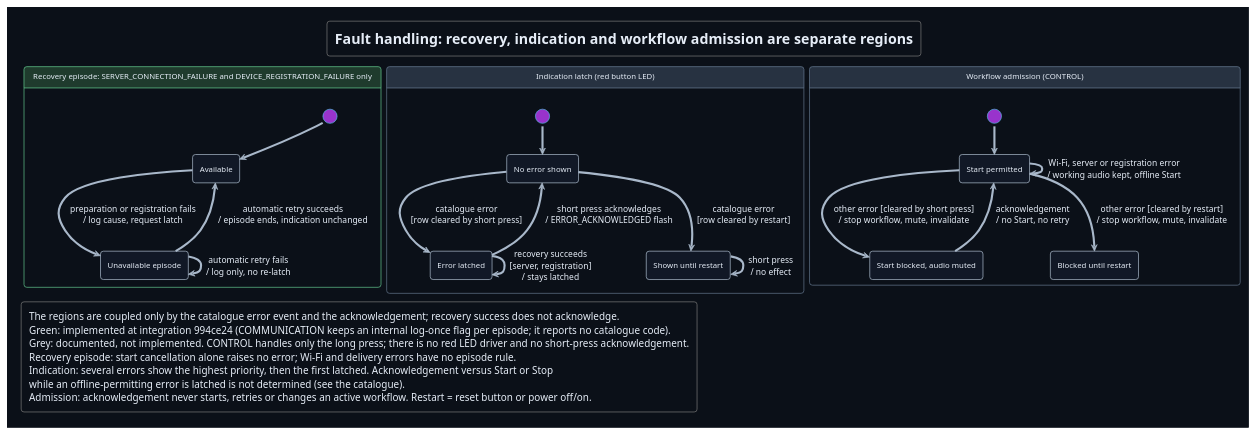
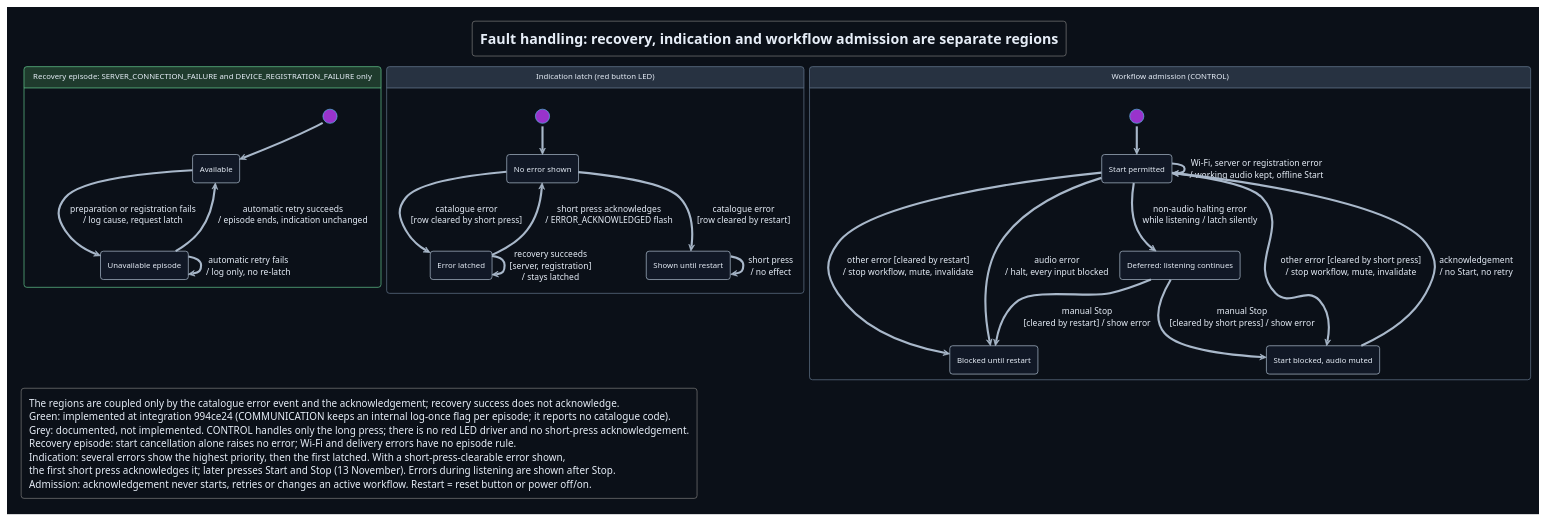
The diagram in Development/system/design/FEEDBACK/fault-handling-state.puml (DemonicPsychoII/DigitalStethoscope), drawn with PlantUML before and after one commit. The commit also changed 4 other files, not shown here.

First line of the commit message:
documentation: let the first short press acknowledge an offline-permitting error, defer non-audio halting errors during listening and halt all input on audio errors

```diff
--- a/Development/system/design/FEEDBACK/fault-handling-state.puml
+++ b/Development/system/design/FEEDBACK/fault-handling-state.puml
@@ -1,64 +1,69 @@
 @startuml fault_handling_state
 !theme cyborg
 !pragma layout smetana
 skinparam shadowing false
 skinparam defaultFontName SansSerif
 skinparam backgroundColor #0b1018
 skinparam defaultFontColor #e6edf7
 skinparam ArrowColor #a9b8ca
 skinparam state {
  BackgroundColor #111826
  BorderColor #a9b8ca
  BackgroundColor<<implemented>> #1f3b2d
  BorderColor<<implemented>> #5fbf8a
  BackgroundColor<<documented>> #273241
  BorderColor<<documented>> #61738a
 }
 title Fault handling: recovery, indication and workflow admission are separate regions
 hide empty description
 
 state "Recovery episode: SERVER_CONNECTION_FAILURE and DEVICE_REGISTRATION_FAILURE only" as Recovery <<implemented>> {
  state "Available" as Available
  state "Unavailable episode" as Unavailable
  [*] --> Available
  Available --> Unavailable : preparation or registration fails\n/ log cause, request latch
  Unavailable --> Unavailable : automatic retry fails\n/ log only, no re-latch
  Unavailable --> Available : automatic retry succeeds\n/ episode ends, indication unchanged
 }
 
 state "Indication latch (red button LED)" as Indication <<documented>> {
  state "No error shown" as Clear
  state "Error latched" as Latched
  state "Shown until restart" as RestartLatched
  [*] --> Clear
  Clear --> Latched : catalogue error\n[row cleared by short press]
  Clear --> RestartLatched : catalogue error\n[row cleared by restart]
  Latched --> Latched : recovery succeeds\n[server, registration]\n/ stays latched
  Latched --> Clear : short press acknowledges\n/ ERROR_ACKNOWLEDGED flash
  RestartLatched --> RestartLatched : short press\n/ no effect
 }
 
 state "Workflow admission (CONTROL)" as Admission <<documented>> {
  state "Start permitted" as Permitted
  state "Start blocked, audio muted" as Blocked
  state "Blocked until restart" as BlockedRestart
+ state "Deferred: listening continues" as Deferred
  [*] --> Permitted
  Permitted --> Permitted : Wi-Fi, server or registration error\n/ working audio kept, offline Start
  Permitted --> Blocked : other error [cleared by short press]\n/ stop workflow, mute, invalidate
  Permitted --> BlockedRestart : other error [cleared by restart]\n/ stop workflow, mute, invalidate
+ Permitted --> BlockedRestart : audio error\n/ halt, every input blocked
+ Permitted --> Deferred : non-audio halting error\nwhile listening / latch silently
+ Deferred --> Blocked : manual Stop\n[cleared by short press] / show error
+ Deferred --> BlockedRestart : manual Stop\n[cleared by restart] / show error
  Blocked --> Permitted : acknowledgement\n/ no Start, no retry
 }
 
 Recovery -[hidden]right-> Indication
 Indication -[hidden]right-> Admission
 
 legend bottom left
  The regions are coupled only by the catalogue error event and the acknowledgement; recovery success does not acknowledge.
  Green: implemented at integration 994ce24 (COMMUNICATION keeps an internal log-once flag per episode; it reports no catalogue code).
  Grey: documented, not implemented. CONTROL handles only the long press; there is no red LED driver and no short-press acknowledgement.
  Recovery episode: start cancellation alone raises no error; Wi-Fi and delivery errors have no episode rule.
- Indication: several errors show the highest priority, then the first latched. Acknowledgement versus Start or Stop
- while an offline-permitting error is latched is not determined (see the catalogue).
+ Indication: several errors show the highest priority, then the first latched. With a short-press-clearable error shown,
+ the first short press acknowledges it; later presses Start and Stop (13 November). Errors during listening are shown after Stop.
  Admission: acknowledgement never starts, retries or changes an active workflow. Restart = reset button or power off/on.
 endlegend
 @enduml
```
